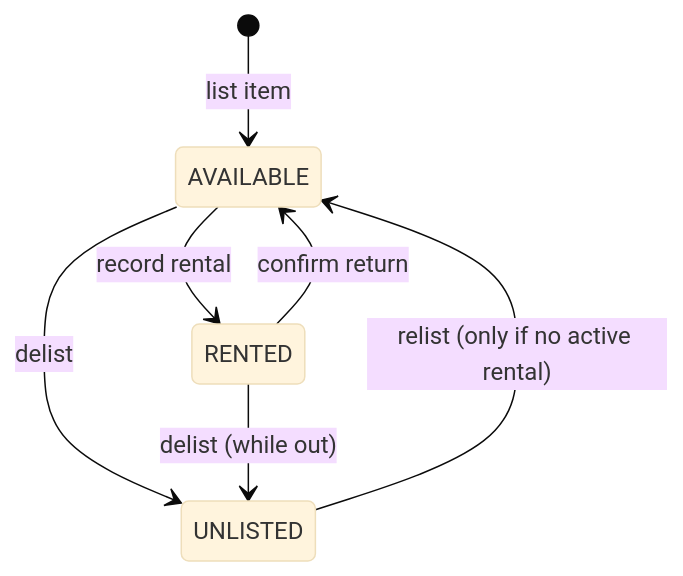
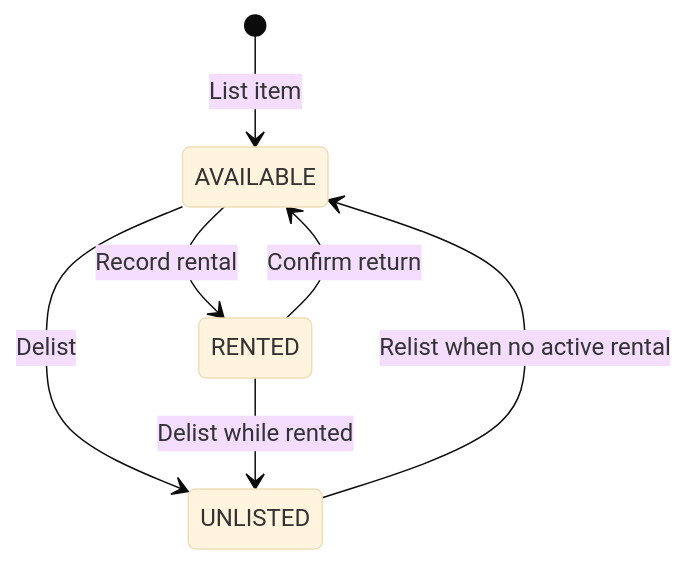
Before and after one commit to mfalme1k0/multi-user-rental-tracker: the second of 2 diagrams in docs/architecture.md, drawn with Mermaid (base theme). The commit also changed other lines of this file and 5 other files, not shown here.

````diff
--- a/docs/architecture.md
+++ b/docs/architecture.md
@@ -52,9 +78,9 @@
 ```mermaid
 stateDiagram-v2
-    [*] --> AVAILABLE: list item
-    AVAILABLE --> RENTED: record rental
-    RENTED --> AVAILABLE: confirm return
-    AVAILABLE --> UNLISTED: delist
-    RENTED --> UNLISTED: delist (while out)
-    UNLISTED --> AVAILABLE: relist (only if no active rental)
+    [*] --> AVAILABLE: List item
+    AVAILABLE --> RENTED: Record rental
+    RENTED --> AVAILABLE: Confirm return
+    AVAILABLE --> UNLISTED: Delist
+    RENTED --> UNLISTED: Delist while rented
+    UNLISTED --> AVAILABLE: Relist when no active rental
 ```
````
